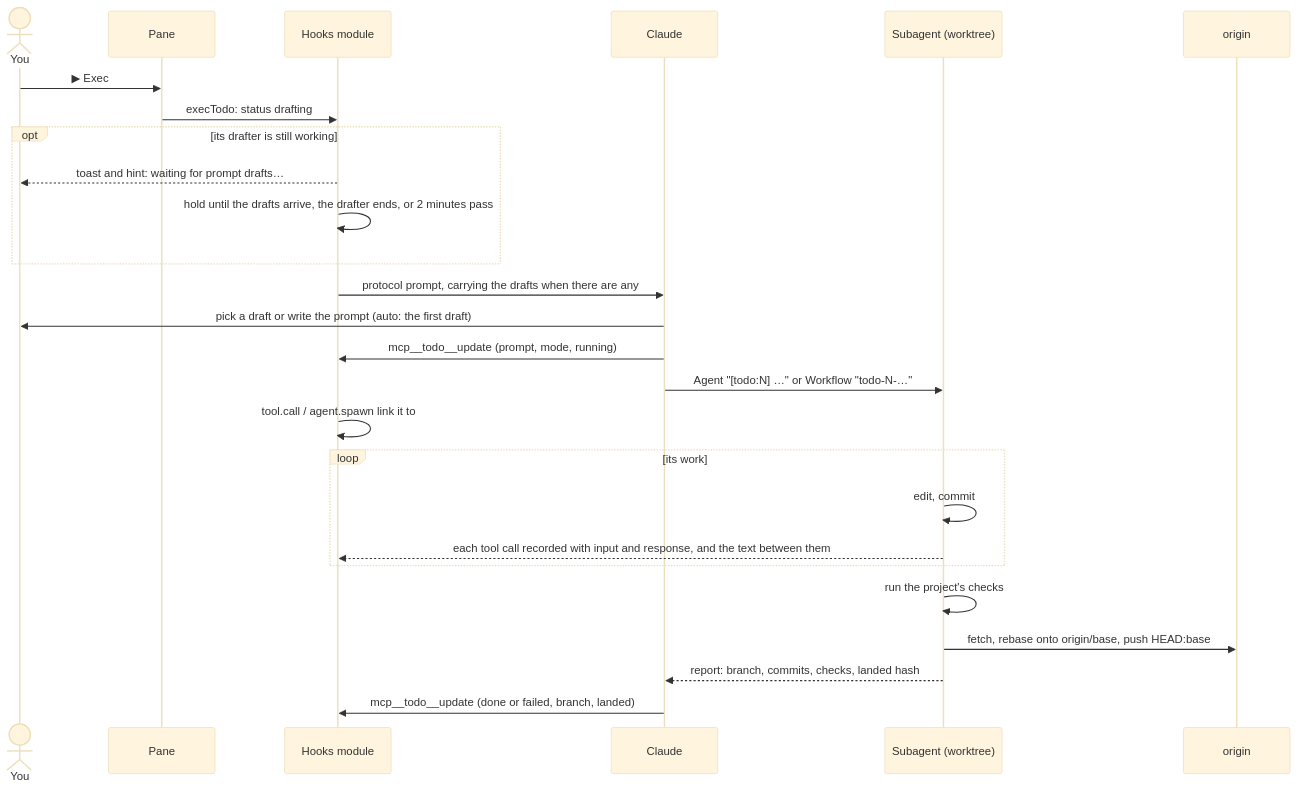
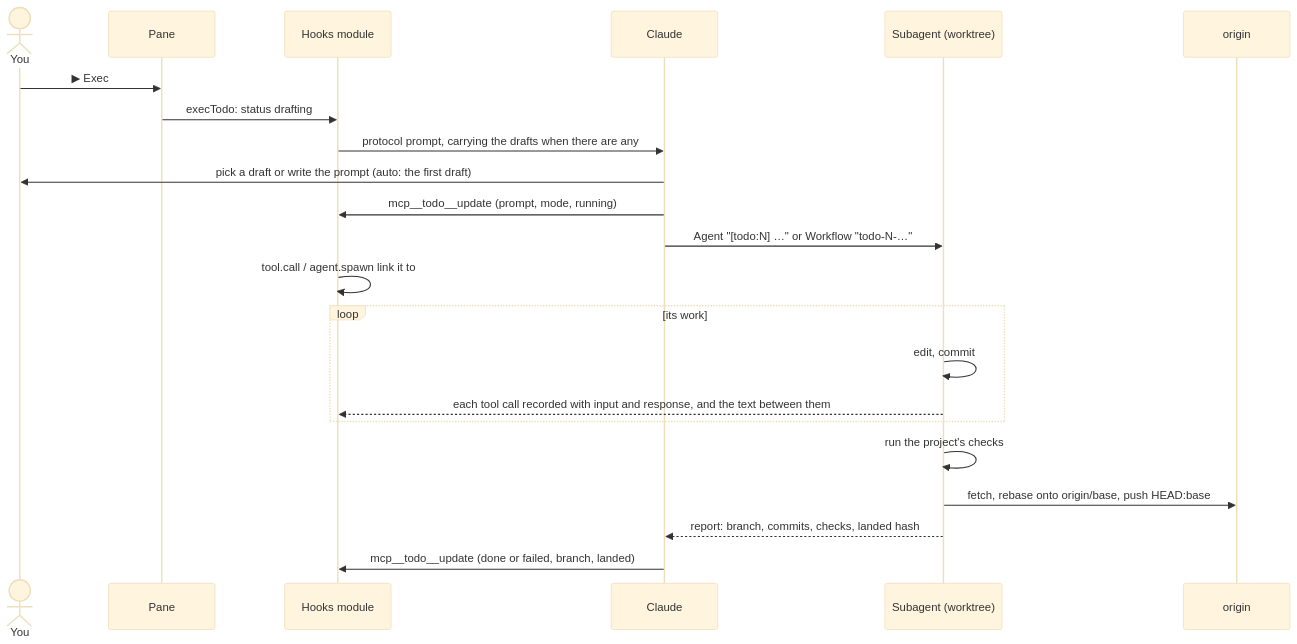
The fifth of 6 diagrams in docs/architecture.md (declanshanaghy/claude-todo), drawn with Mermaid (base theme) before and after one commit. The commit also changed other lines of this file and 9 other files, not shown here.

````diff
--- a/docs/architecture.md
+++ b/docs/architecture.md
@@ -174,28 +181,24 @@
 ```mermaid
 sequenceDiagram
   actor U as You
   participant P as Pane
   participant H as Hooks module
   participant M as Claude
   participant W as Subagent (worktree)
   participant O as origin
   U->>P: ▶ Exec
   P->>H: execTodo: status drafting
-  opt its drafter is still working
-    H-->>U: toast and hint: waiting for prompt drafts…
-    H->>H: hold until the drafts arrive, the drafter ends, or 2 minutes pass
-  end
   H->>M: protocol prompt, carrying the drafts when there are any
   M->>U: pick a draft or write the prompt (auto: the first draft)
   M->>H: mcp__todo__update (prompt, mode, running)
   M->>W: Agent "[todo:N] …" or Workflow "todo-N-…"
   H->>H: tool.call / agent.spawn link it to #N
   loop its work
     W->>W: edit, commit
     W-->>H: each tool call recorded with input and response, and the text between them
   end
   W->>W: run the project's checks
   W->>O: fetch, rebase onto origin/base, push HEAD:base
   W-->>M: report: branch, commits, checks, landed hash
   M->>H: mcp__todo__update (done or failed, branch, landed)
 ```
````
